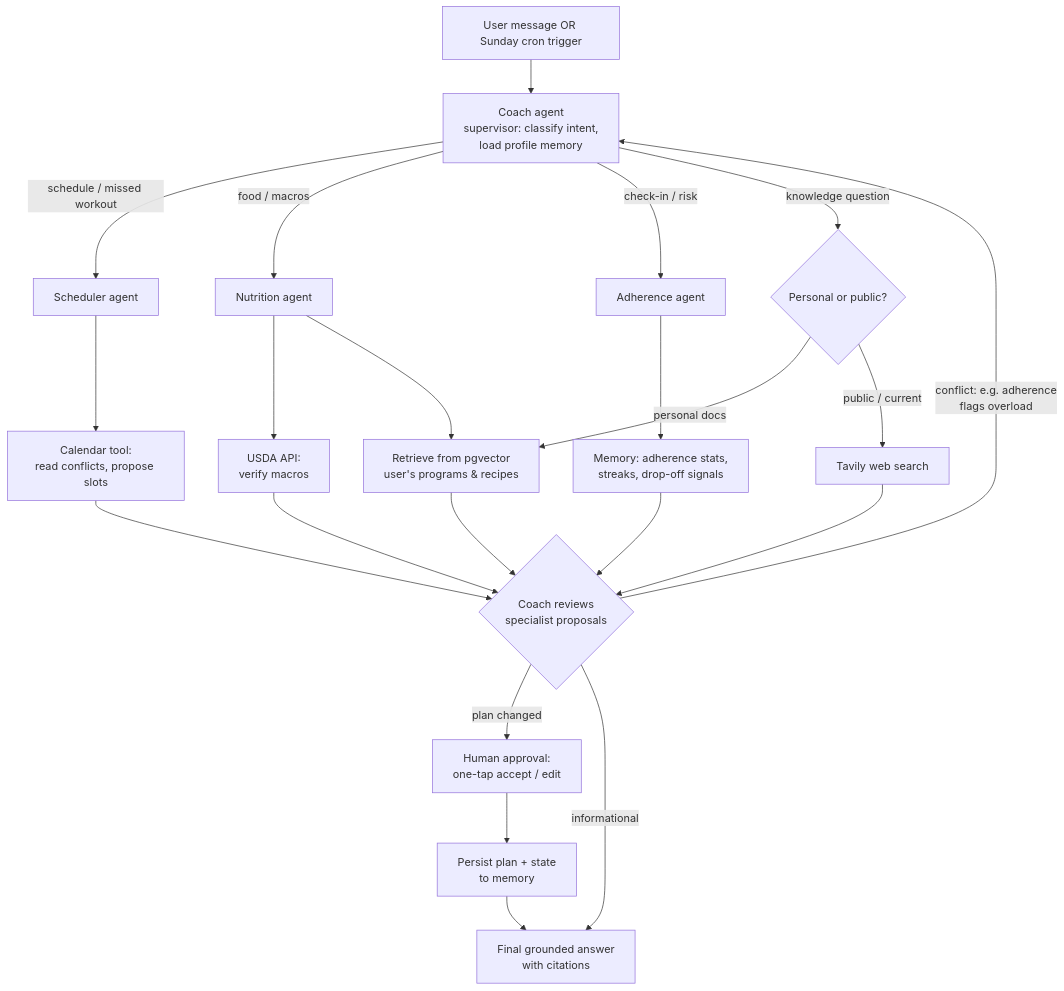
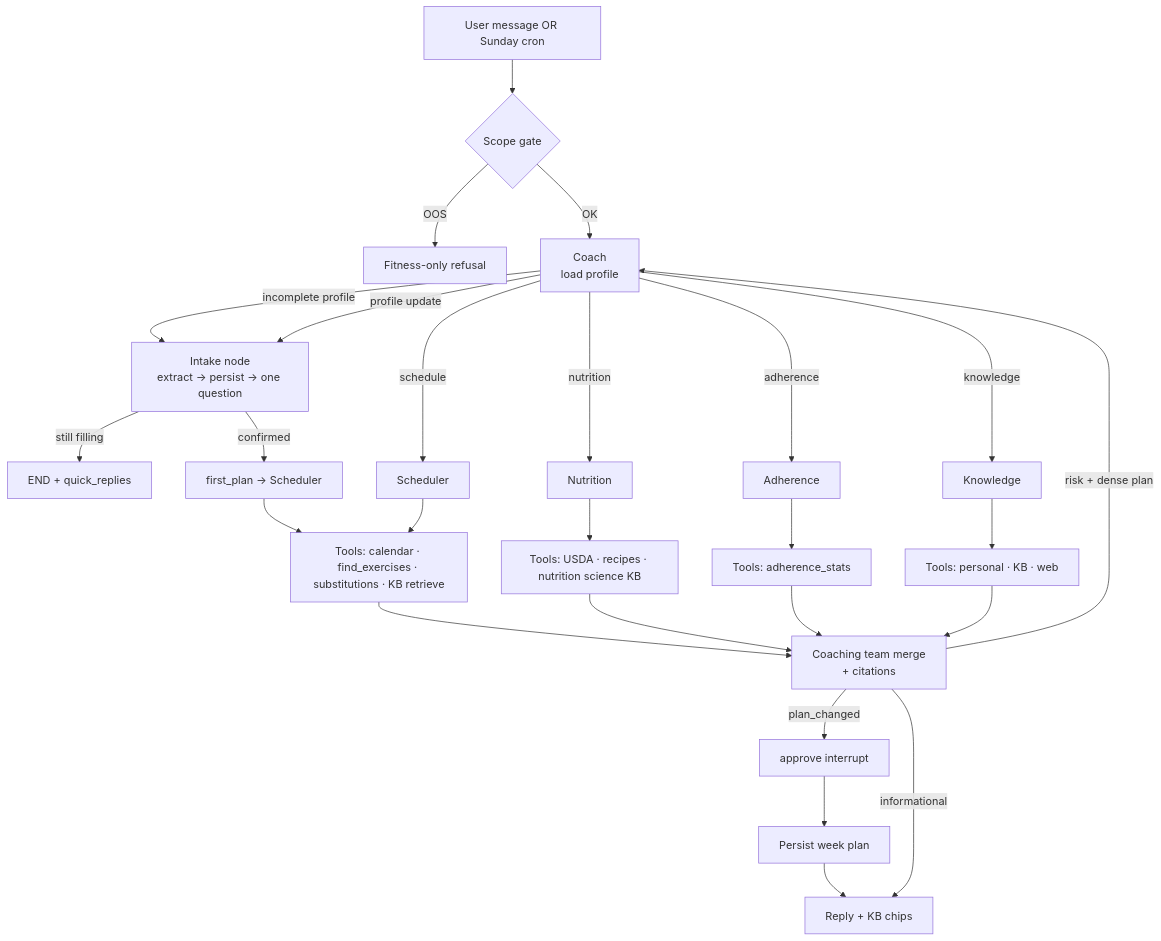
Before and after one commit to saurabhIU/SteadyFit: the third of 3 diagrams in PLAN.md, drawn with Mermaid. The commit also changed other lines of this file and 47 other files, not shown here.

````diff
--- a/PLAN.md
+++ b/PLAN.md
@@ -122,24 +124,28 @@
 ```mermaid
 flowchart TD
-    IN[User message OR Sunday cron trigger] --> COACH[Coach agent\nsupervisor: classify intent,\nload profile memory]
-    COACH -->|schedule / missed workout| SCH[Scheduler agent]
-    COACH -->|food / macros| NUT[Nutrition agent]
-    COACH -->|check-in / risk| ADH[Adherence agent]
-    COACH -->|knowledge question| RAGQ{Personal or public?}
-    RAGQ -->|personal docs| RET[Retrieve from pgvector\nuser's programs & recipes]
-    RAGQ -->|public / current| TAV[Tavily web search]
-    SCH --> CALT[Calendar tool:\nread conflicts, propose slots]
-    NUT --> FOODT[USDA API:\nverify macros]
-    NUT --> RET
-    ADH --> MEMT[Memory: adherence stats,\nstreaks, drop-off signals]
-    CALT --> COUNCIL{Coach reviews\nspecialist proposals}
-    FOODT --> COUNCIL
-    MEMT --> COUNCIL
-    RET --> COUNCIL
-    TAV --> COUNCIL
-    COUNCIL -->|conflict: e.g. adherence\nflags overload| COACH
-    COUNCIL -->|plan changed| HITL[Human approval:\none-tap accept / edit]
-    COUNCIL -->|informational| OUT[Final grounded answer\nwith citations]
-    HITL --> SAVE[Persist plan + state\nto memory]
+    IN[User message OR Sunday cron] --> SG{Scope gate}
+    SG -->|OOS| REJ[Fitness-only refusal]
+    SG -->|OK| COACH[Coach\nload profile]
+    COACH -->|incomplete profile| INT[Intake node\nextract → persist → one question]
+    INT -->|still filling| END1[END + quick_replies]
+    INT -->|confirmed| FIRST[first_plan → Scheduler]
+    COACH -->|profile update| INT
+    COACH -->|schedule| SCH[Scheduler]
+    COACH -->|nutrition| NUT[Nutrition]
+    COACH -->|adherence| ADH[Adherence]
+    COACH -->|knowledge| KNOW[Knowledge]
+    SCH --> TL1[Tools: calendar · find_exercises · substitutions · KB retrieve]
+    NUT --> TL2[Tools: USDA · recipes · nutrition science KB]
+    ADH --> TL3[Tools: adherence_stats]
+    KNOW --> TL4[Tools: personal · KB · web]
+    FIRST --> TL1
+    TL1 --> TEAM[Coaching team merge\n+ citations]
+    TL2 --> TEAM
+    TL3 --> TEAM
+    TL4 --> TEAM
+    TEAM -->|risk + dense plan| COACH
+    TEAM -->|plan_changed| HITL[approve interrupt]
+    TEAM -->|informational| OUT[Reply + KB chips]
+    HITL --> SAVE[Persist week plan]
     SAVE --> OUT
 ```
````
